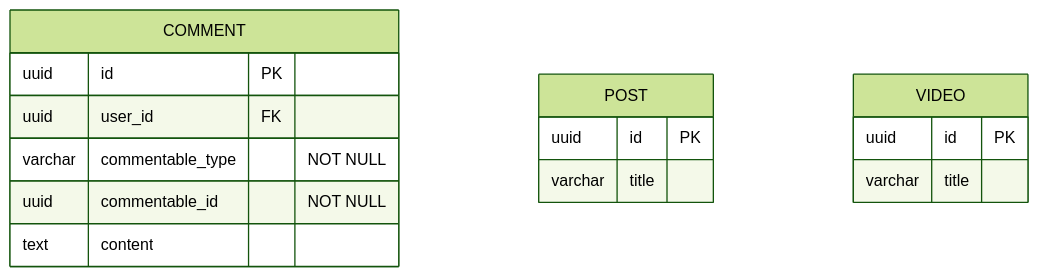
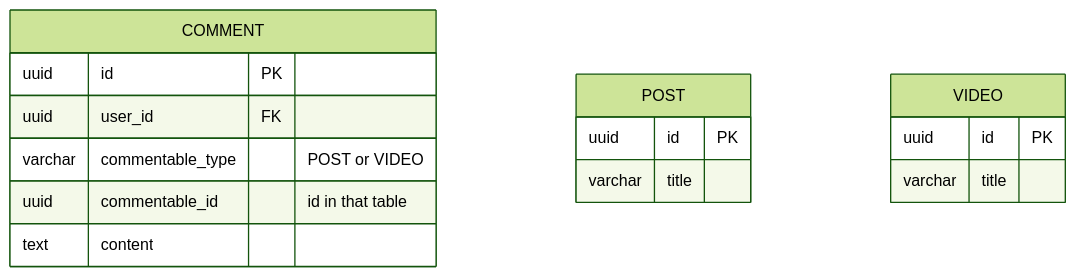
One commit to costa-marcello/repertoire changed the fifth of 7 diagrams in skills/mermaid-diagrams/references/erd-patterns.md. Above: the diagram before and after it, drawn with Mermaid (forest theme). The commit also changed other lines of this file and 12 other files, not shown here.

First line of the commit message:
Fix mermaid-diagrams examples that broke its own rules

````diff
--- a/skills/mermaid-diagrams/references/erd-patterns.md
+++ b/skills/mermaid-diagrams/references/erd-patterns.md
@@ -266,20 +267,20 @@
 ```mermaid
 erDiagram
     COMMENT {
         uuid id PK
         uuid user_id FK
-        varchar commentable_type "NOT NULL"
-        uuid commentable_id "NOT NULL"
+        varchar commentable_type "POST or VIDEO"
+        uuid commentable_id "id in that table"
         text content
     }
 
     POST {
         uuid id PK
         varchar title
     }
 
     VIDEO {
         uuid id PK
         varchar title
     }
 ```
````
